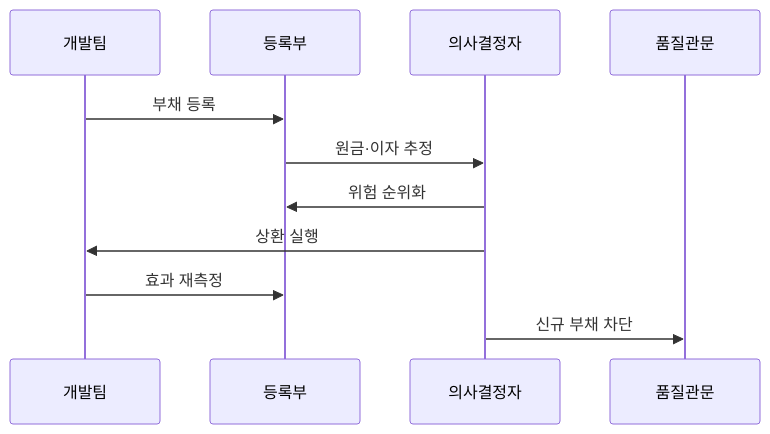
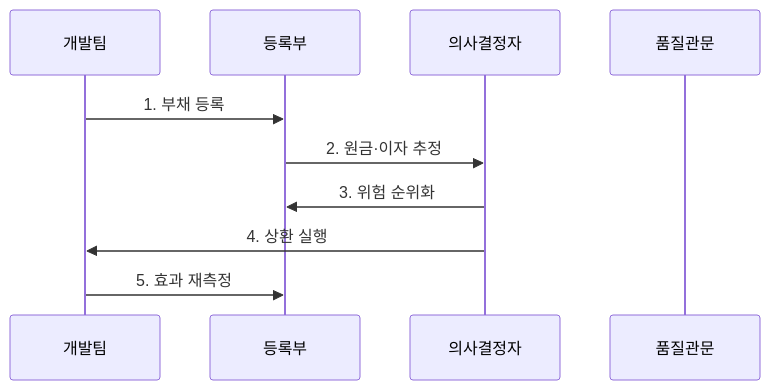
One commit to agnusdei1207/knowledge-base changed the second of 2 diagrams in src/content/docs/notes/03-software/213_technical_debt_measurement.md. Above: the diagram before and after it, drawn with Mermaid. The commit also changed other lines of this file and 20 other files, not shown here.

````diff
--- a/src/content/docs/notes/03-software/213_technical_debt_measurement.md
+++ b/src/content/docs/notes/03-software/213_technical_debt_measurement.md
@@ -84,13 +79,13 @@
 ```mermaid
 sequenceDiagram
     participant 개발팀
     participant 등록부
     participant 의사결정자
     participant 품질관문
-    개발팀->>등록부: 부채 등록
-    등록부->>의사결정자: 원금·이자 추정
-    의사결정자->>등록부: 위험 순위화
-    의사결정자->>개발팀: 상환 실행
-    개발팀->>등록부: 효과 재측정
-    의사결정자->>품질관문: 신규 부채 차단
+    개발팀->>등록부: 1. 부채 등록
+    등록부->>의사결정자: 2. 원금·이자 추정
+    의사결정자->>등록부: 3. 위험 순위화
+    의사결정자->>개발팀: 4. 상환 실행
+    개발팀->>등록부: 5. 효과 재측정
+
 ```
````
